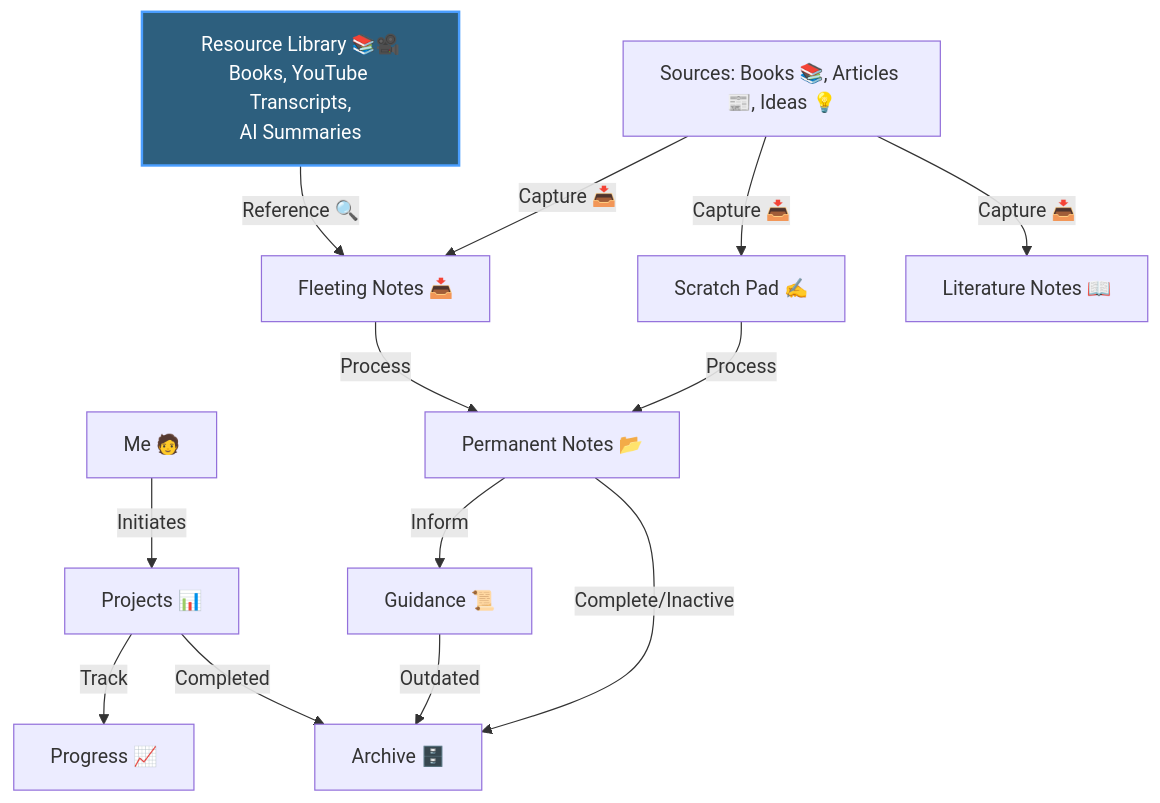
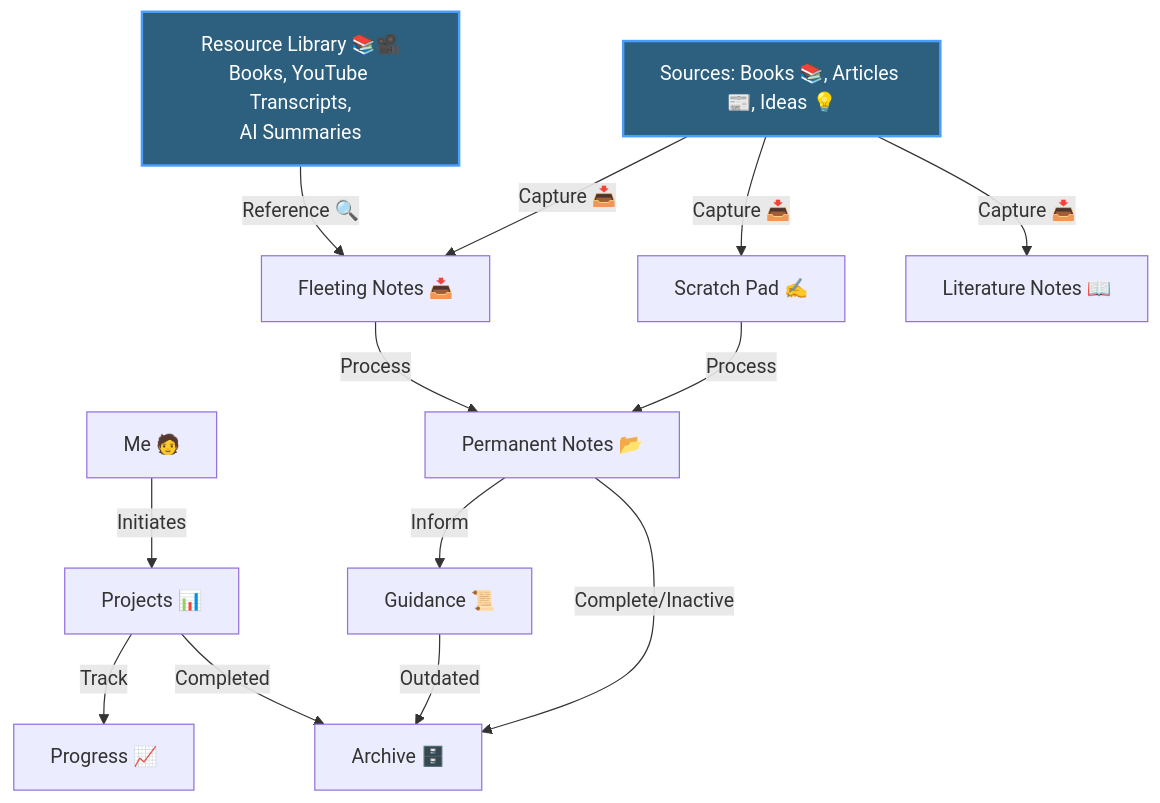
One commit to kennyrnwilson/knowledge-library changed the diagram in README.md. Above: the diagram before and after it, drawn with Mermaid.

Commit message:
Formatting changes

````diff
--- a/README.md
+++ b/README.md
@@ -23,22 +23,25 @@
 ```mermaid
 graph TD
     Sources[Sources: Books 📚, Articles 📰, Ideas 💡]
     Resources[Resource Library 📚🎥<br/>Books, YouTube Transcripts,<br/>AI Summaries]
 
     Sources -- Capture 📥 --> A1[Fleeting Notes 📥]
     Sources -- Capture 📥 --> A2[Scratch Pad ✍️]
     Sources -- Capture 📥 --> A3[Literature Notes 📖]
     Resources -- Reference 🔍 --> A1
     Human[Me 🧑] -- Initiates --> P[Projects 📊]
 
     A1 -- Process --> B1[Permanent Notes 📂]
     A2 -- Process --> B1
 
     B1 -- Inform --> A4[Guidance 📜]
     P -- Track --> B3[Progress 📈]
     B1 -- Complete/Inactive --> Archive[Archive 🗄️]
     A4 -- Outdated --> Archive
     P -- Completed --> Archive
 
+    click Resources "https://github.com/kennyrnwilson/resource-library" "View Resource Library"
+
     style Resources fill:#2d5f7e,stroke:#4a9eff,stroke-width:2px,color:#fff
+    style Sources fill:#2d5f7e,stroke:#4a9eff,stroke-width:2px,color:#fff
 ```
````
